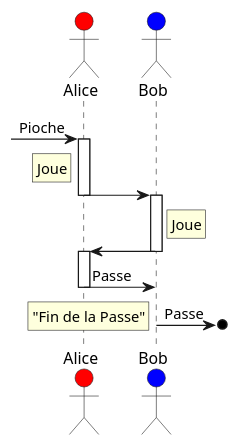
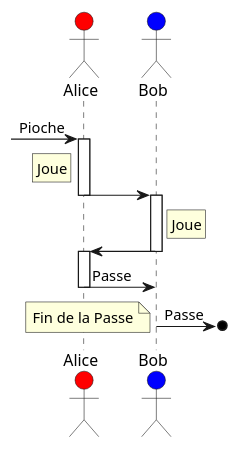
The sixth of 7 diagrams in sphérier/référence/phases-de-jeu/combat.md (de-dale/wiki), drawn with PlantUML before and after one commit. The commit also changed other lines of this file, not shown here.

````diff
--- a/sphérier/référence/phases-de-jeu/combat.md
+++ b/sphérier/référence/phases-de-jeu/combat.md
@@ -199,16 +200,17 @@
 ```plantuml
 actor Alice #red
 actor Bob #blue
 [-> Alice ++ : Pioche
 
 rnote left of Alice: Joue
 Alice -> Bob -- 
 activate Bob
 rnote right of Bob: Joue
 Bob -> Alice --
 activate Alice
 
 Alice -> Bob -- : Passe
 Bob ->o] : Passe
-rnote right : "Fin de la Passe"
+note right : Fin de la Passe
+
 ```
````
